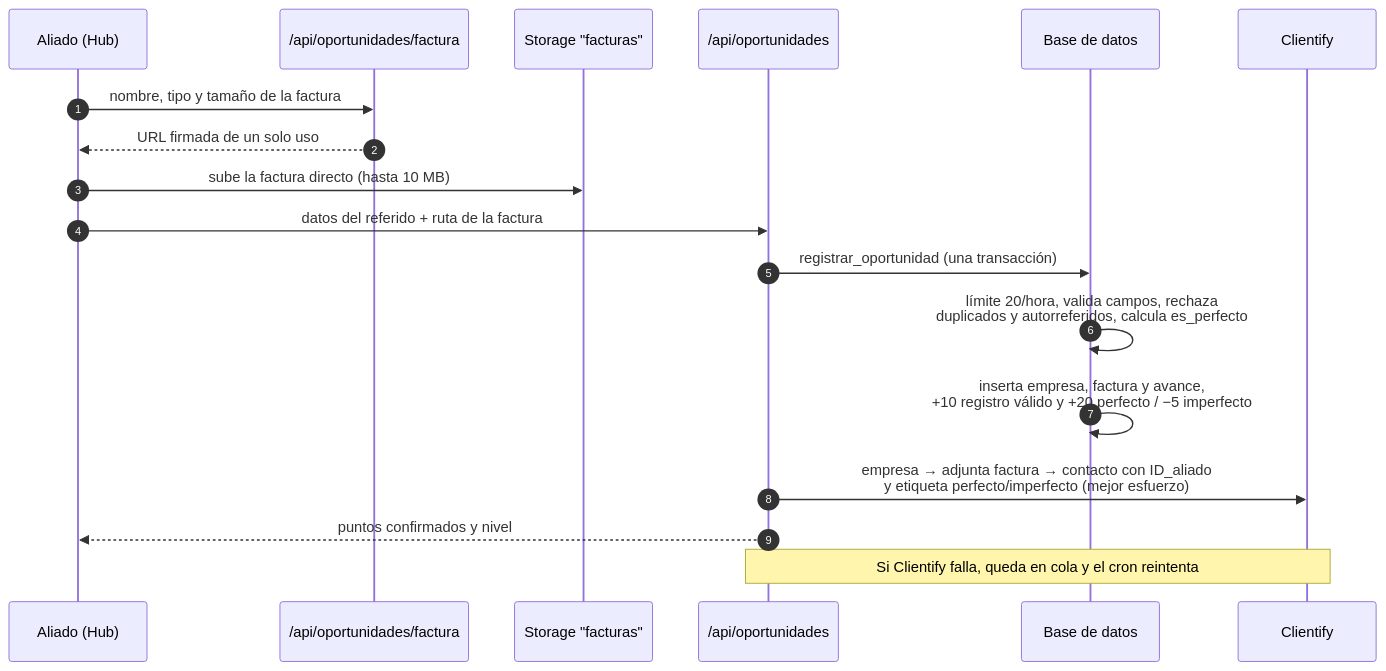
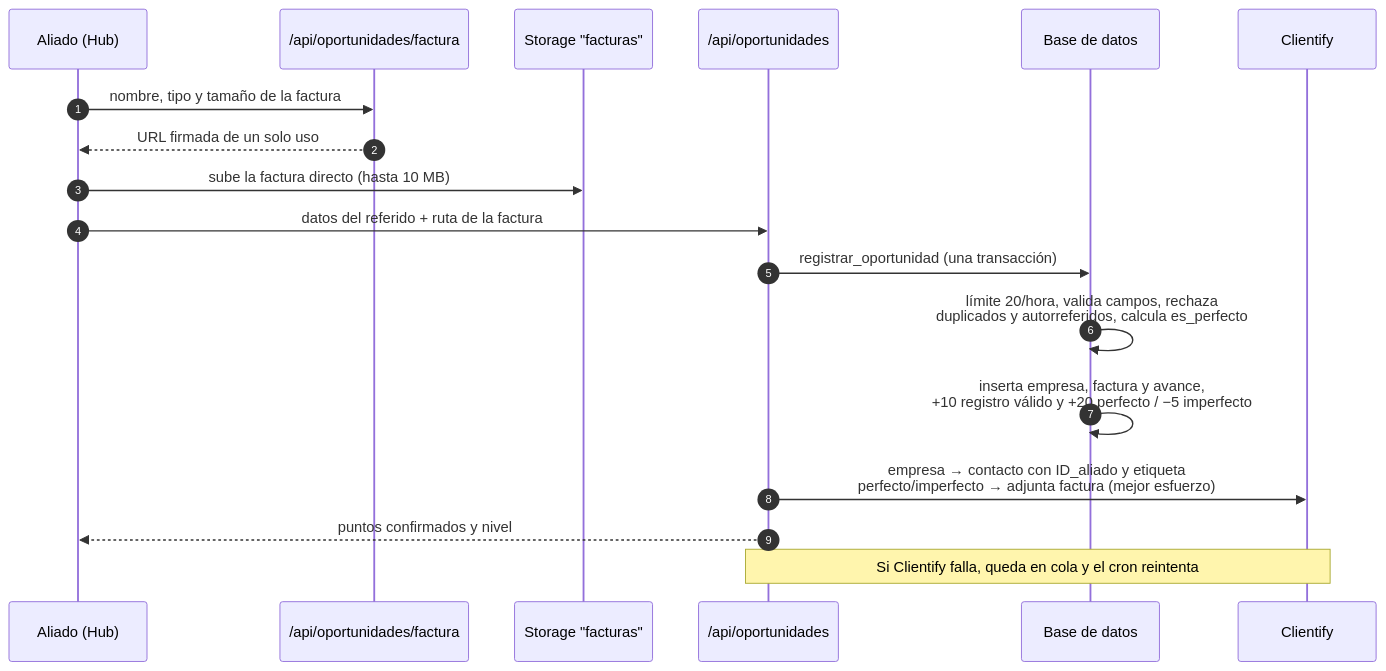
Before and after one commit to jmanurodri04-glitch/Aliados-del-sol-hub: the third of 10 diagrams in docs/GUIA_HUB.md, drawn with Mermaid. The commit also changed 6 other files, not shown here.

First line of the commit message:
Flujo B: la factura se adjunta después del contacto y diagnóstico de archivos

````diff
--- a/docs/GUIA_HUB.md
+++ b/docs/GUIA_HUB.md
@@ -266,20 +266,20 @@
 ```mermaid
 sequenceDiagram
   autonumber
   participant A as Aliado (Hub)
   participant F1 as /api/oportunidades/factura
   participant ST as Storage "facturas"
   participant F2 as /api/oportunidades
   participant DB as Base de datos
   participant CL as Clientify
   A->>F1: nombre, tipo y tamaño de la factura
   F1-->>A: URL firmada de un solo uso
   A->>ST: sube la factura directo (hasta 10 MB)
   A->>F2: datos del referido + ruta de la factura
   F2->>DB: registrar_oportunidad (una transacción)
   DB->>DB: límite 20/hora, valida campos, rechaza<br/>duplicados y autorreferidos, calcula es_perfecto
   DB->>DB: inserta empresa, factura y avance,<br/>+10 registro válido y +20 perfecto / −5 imperfecto
-  F2->>CL: empresa → adjunta factura → contacto con ID_aliado<br/>y etiqueta perfecto/imperfecto (mejor esfuerzo)
+  F2->>CL: empresa → contacto con ID_aliado y etiqueta<br/>perfecto/imperfecto → adjunta factura (mejor esfuerzo)
   F2-->>A: puntos confirmados y nivel
   Note over F2,CL: Si Clientify falla, queda en cola y el cron reintenta
 ```
````
